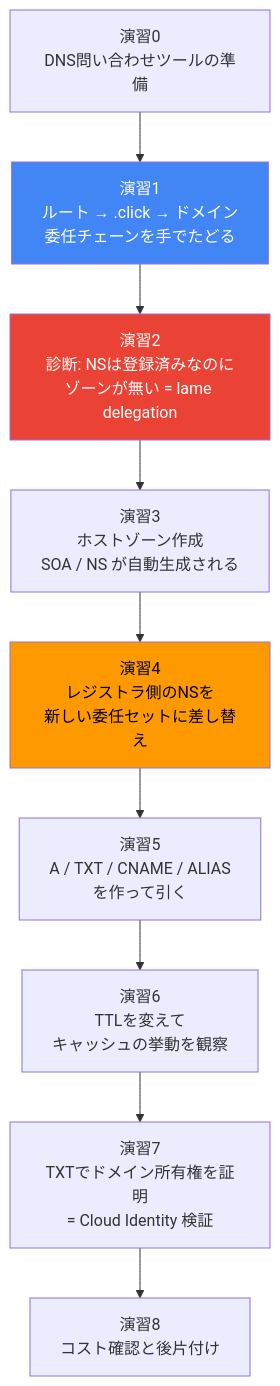
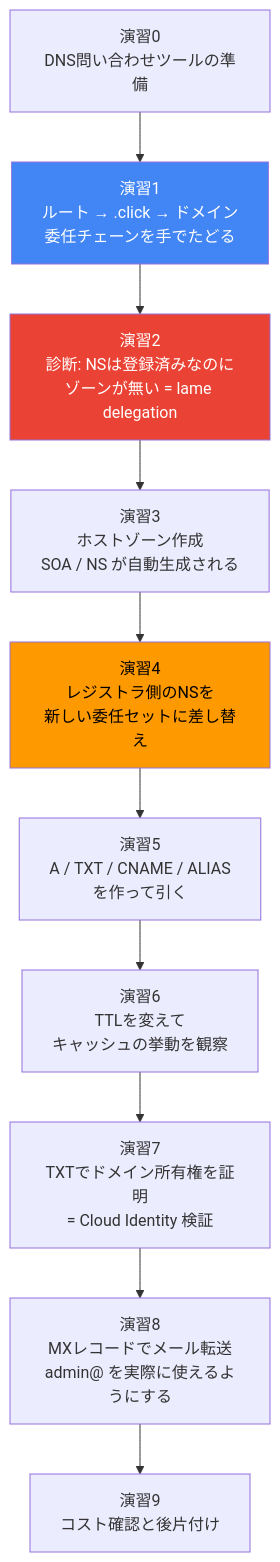
One commit to htrbass44/TIL changed the fourth of 10 diagrams in network/dns-route53-handson.md. Above: the diagram before and after it, drawn with Mermaid. The commit also changed other lines of this file and 43 other files, not shown here.

````diff
--- a/network/dns-route53-handson.md
+++ b/network/dns-route53-handson.md
@@ -173,15 +251,16 @@
 ```mermaid
 flowchart TD
     E0["演習0<br/>DNS問い合わせツールの準備"] --> E1["演習1<br/>ルート → .click → ドメイン<br/>委任チェーンを手でたどる"]
     E1 --> E2["演習2<br/>診断: NSは登録済みなのに<br/>ゾーンが無い = lame delegation"]
     E2 --> E3["演習3<br/>ホストゾーン作成<br/>SOA / NS が自動生成される"]
     E3 --> E4["演習4<br/>レジストラ側のNSを<br/>新しい委任セットに差し替え"]
     E4 --> E5["演習5<br/>A / TXT / CNAME / ALIAS<br/>を作って引く"]
     E5 --> E6["演習6<br/>TTLを変えて<br/>キャッシュの挙動を観察"]
     E6 --> E7["演習7<br/>TXTでドメイン所有権を証明<br/>= Cloud Identity 検証"]
-    E7 --> E8["演習8<br/>コスト確認と後片付け"]
+    E7 --> E8["演習8<br/>MXレコードでメール転送<br/>admin@ を実際に使えるようにする"]
+    E8 --> E9["演習9<br/>コスト確認と後片付け"]
 
     style E1 fill:#4285F4,color:#fff
     style E2 fill:#EA4335,color:#fff
     style E4 fill:#FF9900,color:#000
 ```
````
